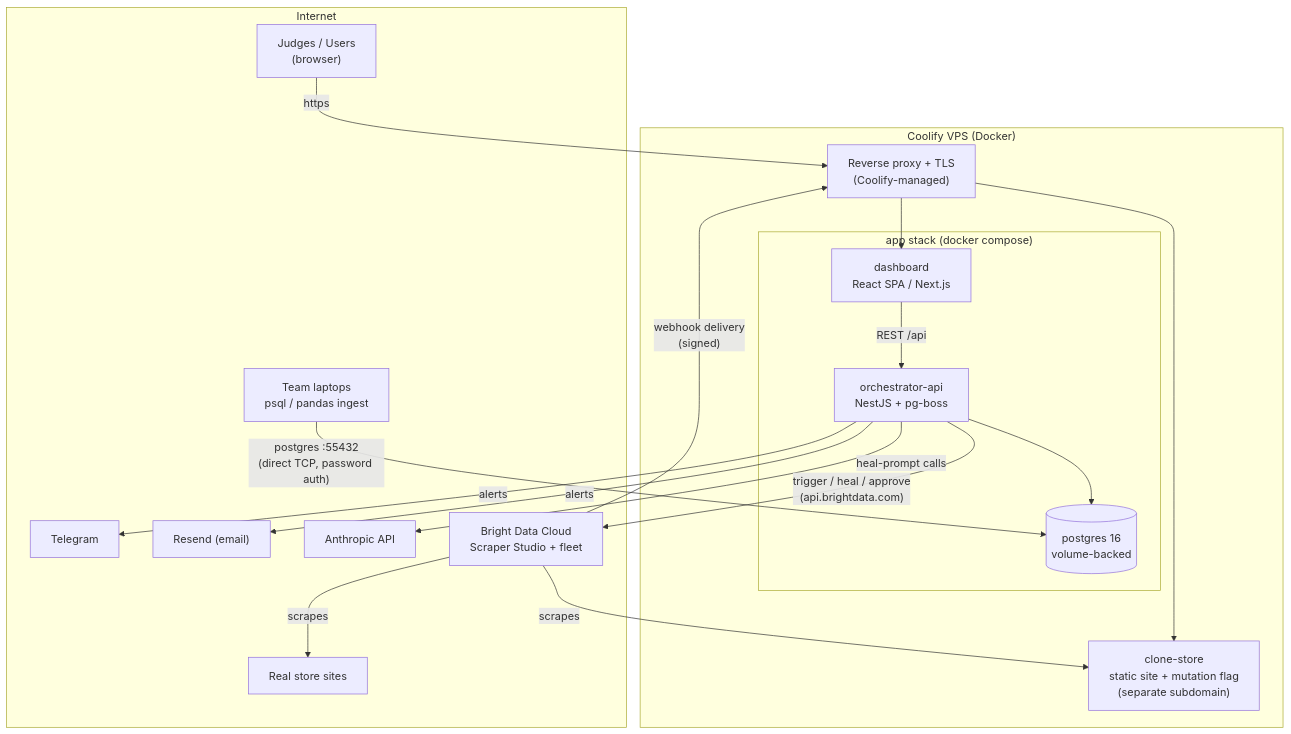
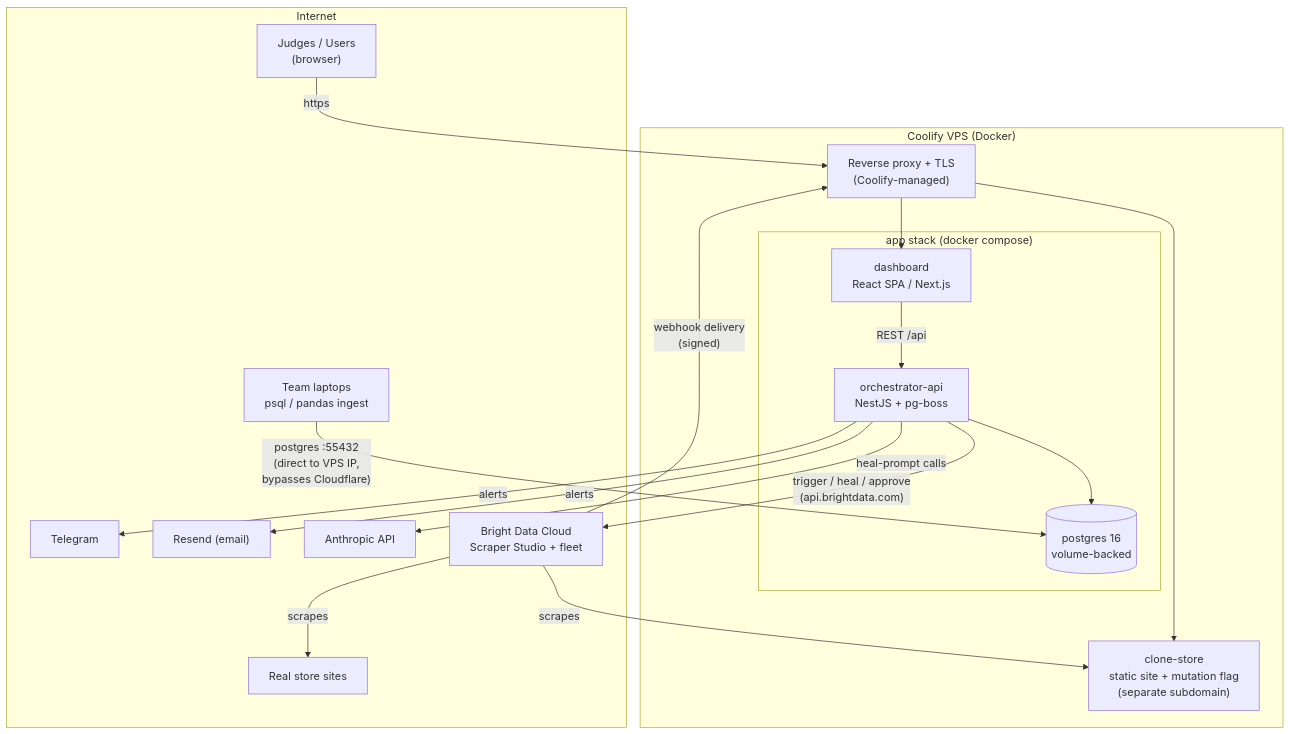
Before and after one commit to spencerjireh/basketwatch: the diagram in docs/diagrams/deployment.mmd, drawn with Mermaid. The commit also changed 4 other files, not shown here.

```diff
--- a/docs/diagrams/deployment.mmd
+++ b/docs/diagrams/deployment.mmd
@@ -1,34 +1,34 @@
 flowchart TB
     subgraph INET["Internet"]
         JUDGE["Judges / Users<br/>(browser)"]
         TG["Telegram"]
         RESEND["Resend (email)"]
         ANTHROPIC["Anthropic API"]
         BDCLOUD["Bright Data Cloud<br/>Scraper Studio + fleet"]
         STORES["Real store sites"]
         TEAM["Team laptops<br/>psql / pandas ingest"]
     end
 
     subgraph COOLIFY["Coolify VPS (Docker)"]
         PROXY["Reverse proxy + TLS<br/>(Coolify-managed)"]
         subgraph APP["app stack (docker compose)"]
             WEB["dashboard<br/>React SPA / Next.js"]
             APIC["orchestrator-api<br/>NestJS + pg-boss"]
             PG[("postgres 16<br/>volume-backed")]
         end
         CLONE["clone-store<br/>static site + mutation flag<br/>(separate subdomain)"]
     end
 
     JUDGE -->|https| PROXY
     PROXY --> WEB
     PROXY --> CLONE
     WEB -->|REST /api| APIC
     APIC --> PG
     APIC -->|"trigger / heal / approve<br/>(api.brightdata.com)"| BDCLOUD
     BDCLOUD -->|"webhook delivery<br/>(signed)"| PROXY
     BDCLOUD -->|scrapes| STORES
     BDCLOUD -->|scrapes| CLONE
     APIC -->|heal-prompt calls| ANTHROPIC
     APIC -->|alerts| RESEND
     APIC -->|alerts| TG
-    TEAM -->|"postgres :55432<br/>(direct TCP, password auth)"| PG
+    TEAM -->|"postgres :55432<br/>(direct to VPS IP,<br/>bypasses Cloudflare)"| PG
```
